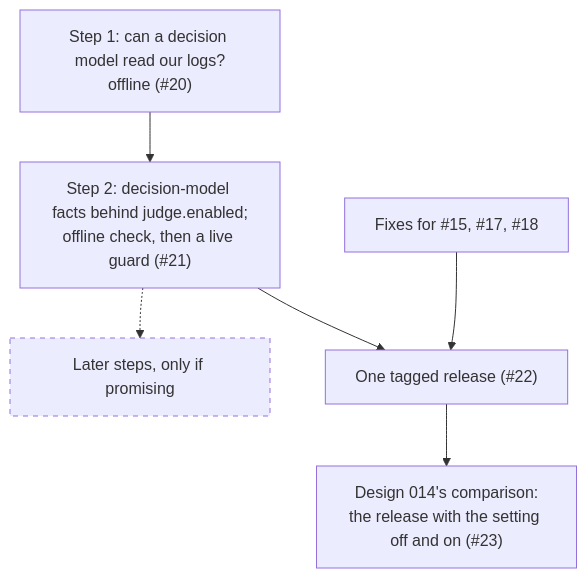
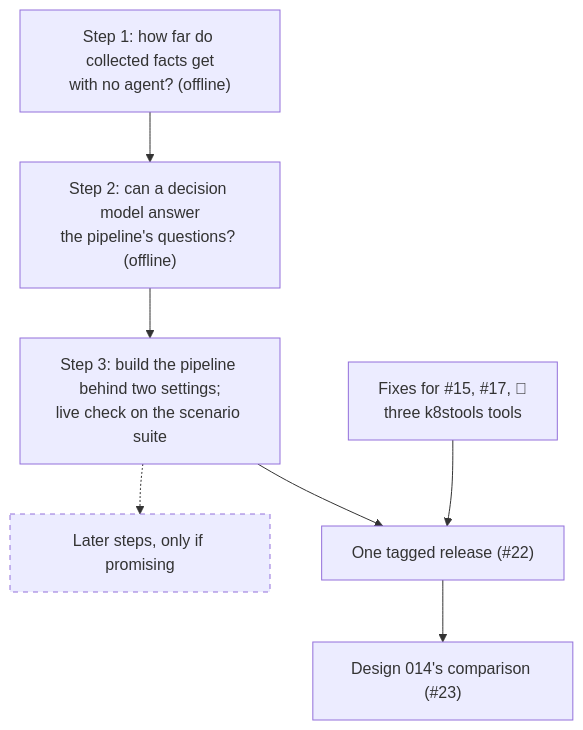
The diagram in plans/011-decision-models.md (BenedatLLC/k8srca), drawn with Mermaid before and after one commit. The commit also changed other lines of this file and 9 other files, not shown here.

````diff
--- a/plans/011-decision-models.md
+++ b/plans/011-decision-models.md
@@ -25,13 +25,14 @@
 ```mermaid
 flowchart TD
-  S1["Step 1: can a decision model read our logs?<br/>offline (#20)"]
-  S2["Step 2: decision-model facts behind judge.enabled;<br/>offline check, then a live guard (#21)"]
+  S1["Step 1: how far do collected facts get<br/>with no agent? (offline)"]
+  S2["Step 2: can a decision model answer<br/>the pipeline's questions? (offline)"]
+  S3["Step 3: build the pipeline behind two settings;<br/>live check on the scenario suite"]
   L["Later steps, only if promising"]:::planned
-  F["Fixes for #15, #17, #18"]
+  F["Fixes for #15, #17, #18;<br/>three k8stools tools"]
   R["One tagged release (#22)"]
-  C["Design 014's comparison:<br/>the release with the setting off and on (#23)"]
-  S1 --> S2 --> R
-  S2 -.-> L
+  C["Design 014's comparison (#23)"]
+  S1 --> S2 --> S3 --> R
+  S3 -.-> L
   F --> R --> C
   classDef planned stroke-dasharray: 5 5
 ```
````
